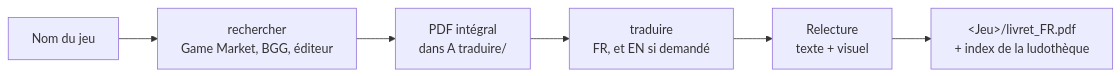
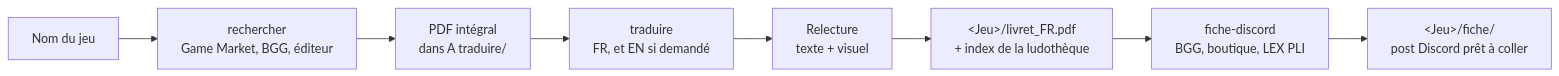
One commit to vinchy1/regles-jeu changed the diagram in README.md. Above: the diagram before and after it, drawn with Mermaid. The commit also changed other lines of this file and 9 other files, not shown here.

Commit message:
Nouvelle skill fiche-discord : fiche de présentation d'un jeu pour le forum Discord Golden Meeple, rangée avec les outils du jeu (_outils/<Jeu>/fiche/), livrets anglais et français joints au même message, BoardGameGeek lu par son API, Discord jamais ouvert ; webhook prêt (version 1.7.0)

````diff
--- a/README.md
+++ b/README.md
@@ -37,8 +38,10 @@
 ```mermaid
 flowchart LR
     A["Nom du jeu"] --> B["rechercher<br/>Game Market, BGG, éditeur"]
     B --> C["PDF intégral<br/>dans A traduire/"]
     C --> D["traduire<br/>FR, et EN si demandé"]
     D --> E["Relecture<br/>texte + visuel"]
     E --> F["&lt;Jeu&gt;/livret_FR.pdf<br/>+ index de la ludothèque"]
+    F --> G["fiche-discord<br/>BGG, boutique, LEX PLI"]
+    G --> H["&lt;Jeu&gt;/fiche/<br/>post Discord prêt à coller"]
 ```
````
